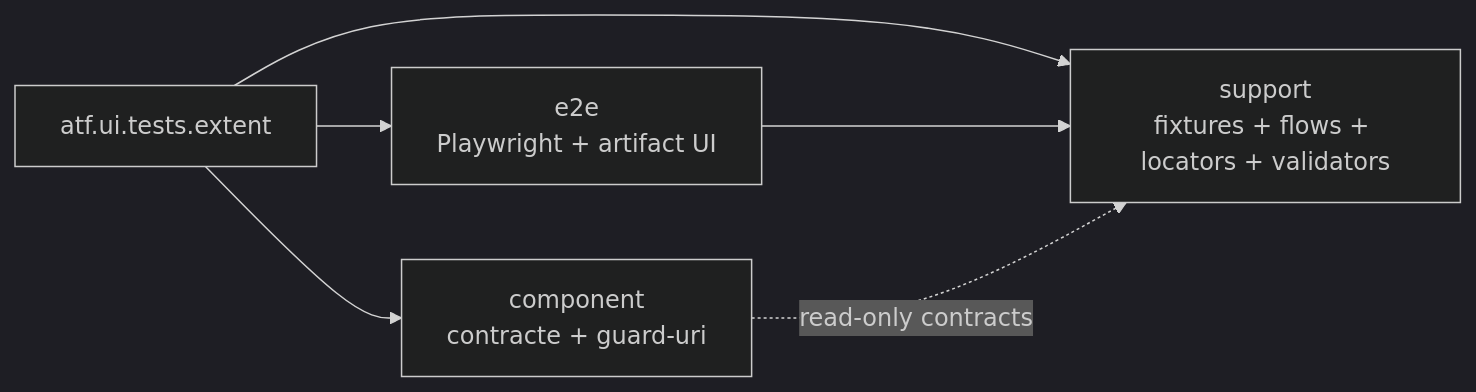
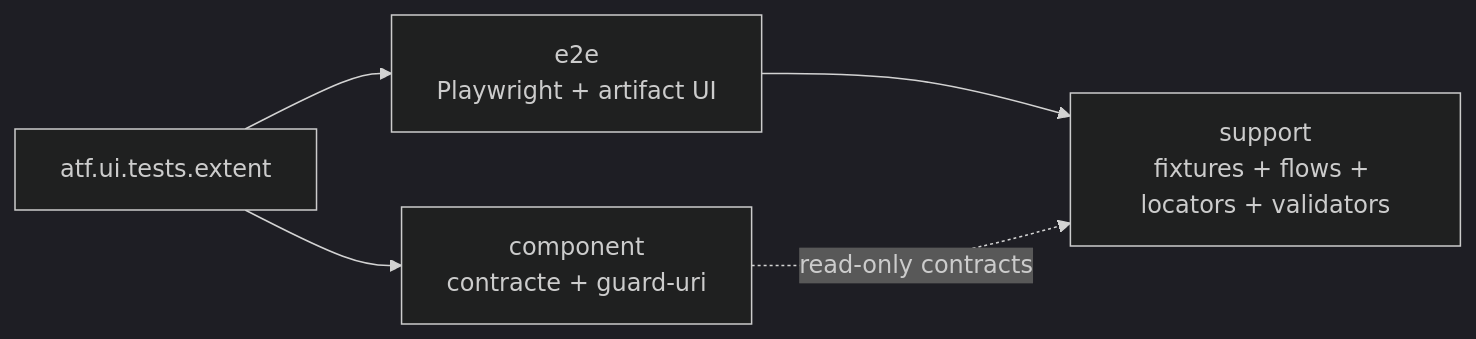
One commit to crististefanita/demo2 changed the diagram in atf-reporting-tests/src/test/java/atf/ui/tests/extent/README.md. Above: the diagram before and after it, drawn with Mermaid (dark theme). The commit also changed 107 other files, not shown here.

````diff
--- a/atf-reporting-tests/src/test/java/atf/ui/tests/extent/README.md
+++ b/atf-reporting-tests/src/test/java/atf/ui/tests/extent/README.md
@@ -18,9 +18,8 @@
 ```mermaid
 flowchart LR
     Root[atf.ui.tests.extent]
     Root --> Component[component<br/>contracte + guard-uri]
     Root --> E2E[e2e<br/>Playwright + artifact UI]
-    Root --> Support[support<br/>fixtures + flows + locators + validators]
-    E2E --> Support
+    E2E --> Support[support<br/>fixtures + flows + locators + validators]
     Component -. read-only contracts .-> Support
 ```
````
